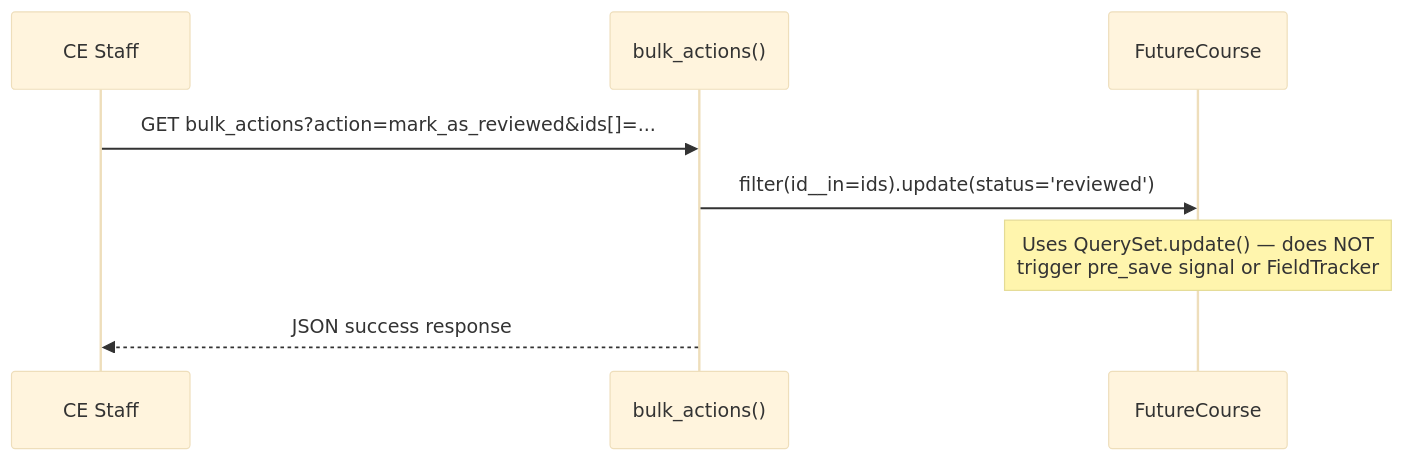
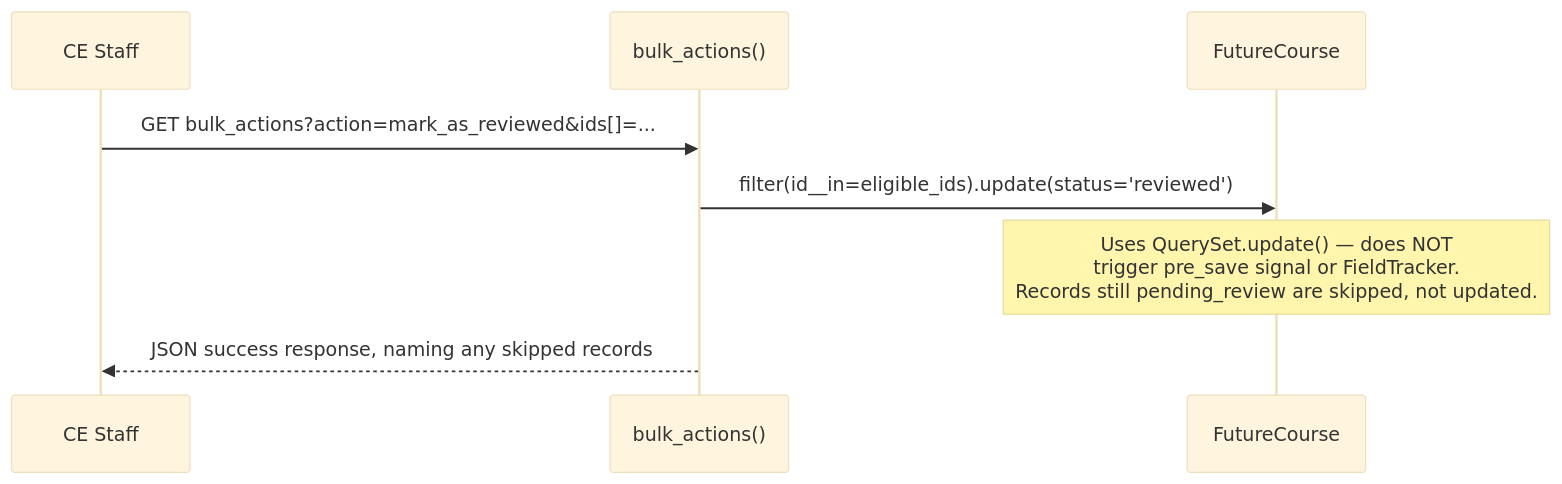
One commit to Canusia/package_future_sections changed the fifth of 10 diagrams in ARCHITECTURE.md. Above: the diagram before and after it, drawn with Mermaid (base theme). The commit also changed other lines of this file and 5 other files, not shown here.

````diff
--- a/ARCHITECTURE.md
+++ b/ARCHITECTURE.md
@@ -107,11 +164,11 @@
 ```mermaid
 sequenceDiagram
     participant CE as CE Staff
     participant View as bulk_actions()
     participant Model as FutureCourse
 
     CE->>View: GET bulk_actions?action=mark_as_reviewed&ids[]=...
-    View->>Model: filter(id__in=ids).update(status='reviewed')
-    Note over Model: Uses QuerySet.update() — does NOT<br/>trigger pre_save signal or FieldTracker
-    View-->>CE: JSON success response
+    View->>Model: filter(id__in=eligible_ids).update(status='reviewed')
+    Note over Model: Uses QuerySet.update() — does NOT<br/>trigger pre_save signal or FieldTracker.<br/>Records still pending_review are skipped, not updated.
+    View-->>CE: JSON success response, naming any skipped records
 ```
````
